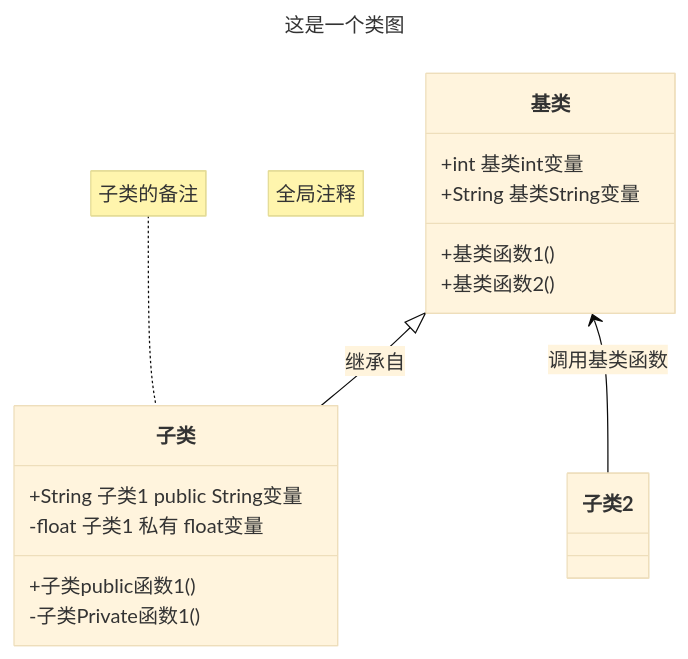
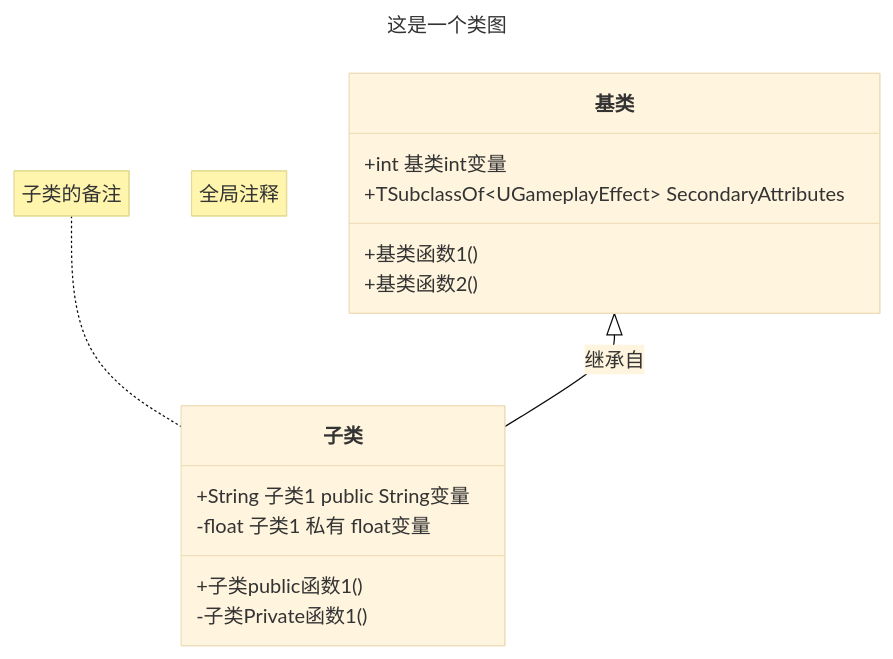
Before and after one commit to liyunlong618/LiYunLongKnowledgeLibrary: the fifth of 7 diagrams in Mermaid格式参考.md, drawn with Mermaid (base theme). The commit also changed other lines of this file, not shown here.

Commit message:
更新 Mermaid格式参考.md

````diff
--- a/Mermaid格式参考.md
+++ b/Mermaid格式参考.md
@@ -138,20 +143,25 @@
 ```mermaid
 ---
 title: 这是一个类图
 ---
 classDiagram
+
     note "全局注释"
-    基类 <|--子类:继承自
-    note for 子类 "子类的备注"
-    基类 <-- 子类2:调用基类函数
-    基类 : +int 基类int变量
-    基类 : +String 基类String变量
-    基类: +基类函数1()
-    基类: +基类函数2()
+    
+    class 基类{
+        +int 基类int变量
+        +TSubclassOf&lt;UGameplayEffect&gt; SecondaryAttributes
+        +基类函数1()
+        +基类函数2()
+        }
+
     class 子类{
         +String 子类1 public String变量
         -float 子类1 私有 float变量
         +子类public函数1()
         -子类Private函数1()
         }
+        
+        基类 <|--子类:继承自
+        note for 子类 "子类的备注"
 ```
````
